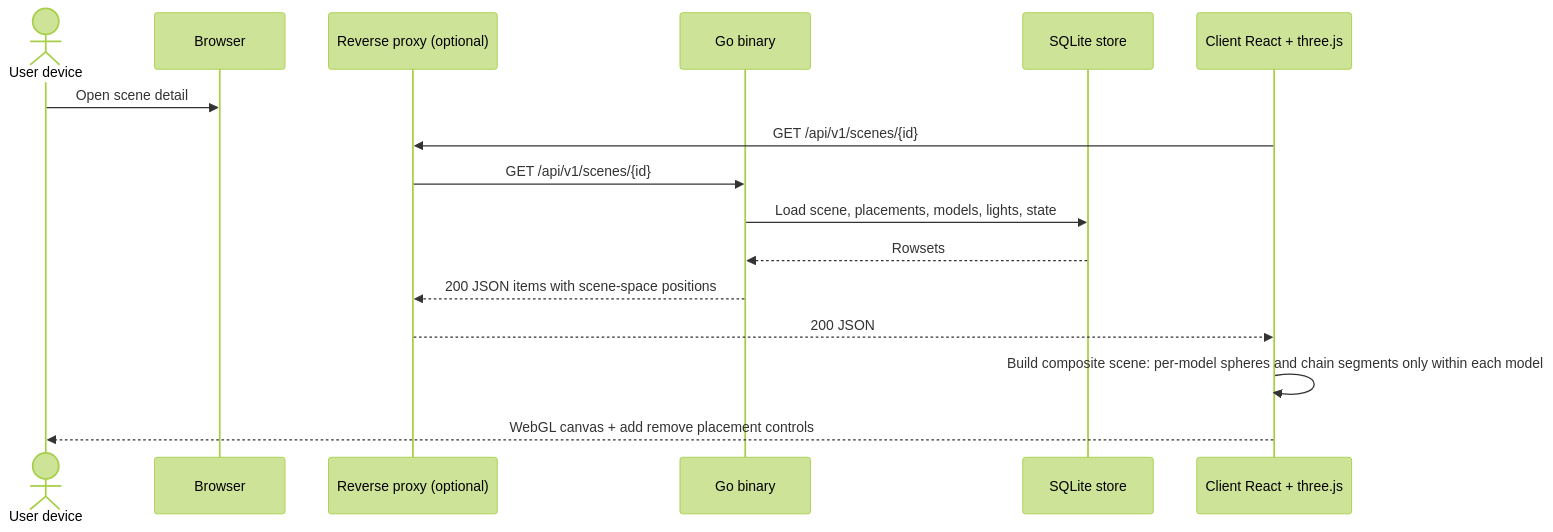
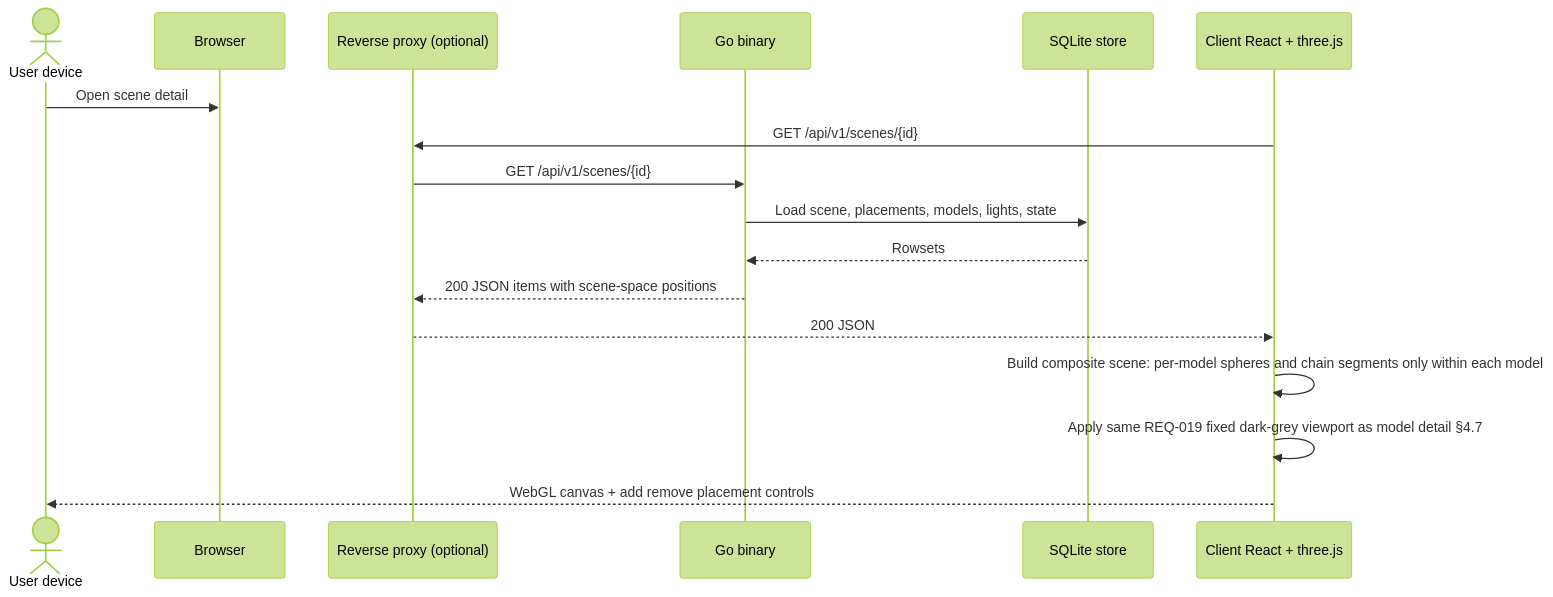
Before and after one commit to mudged/dlm: diagram 13 of 16 in docs/architecture.md, drawn with Mermaid (forest theme). The commit also changed other lines of this file and 32 other files, not shown here.

````diff
--- a/docs/architecture.md
+++ b/docs/architecture.md
@@ -873,19 +952,20 @@
 ```mermaid
 sequenceDiagram
   actor User as User device
   participant B as Browser
   participant P as Reverse proxy (optional)
   participant G as Go binary
   participant S as SQLite store
   participant R as Client React + three.js
 
   User->>B: Open scene detail
   R->>P: GET /api/v1/scenes/{id}
   P->>G: GET /api/v1/scenes/{id}
   G->>S: Load scene, placements, models, lights, state
   S-->>G: Rowsets
   G-->>P: 200 JSON items with scene-space positions
   P-->>R: 200 JSON
   R->>R: Build composite scene: per-model spheres and chain segments only within each model
+  R->>R: Apply same REQ-019 fixed dark-grey viewport as model detail §4.7
   R-->>User: WebGL canvas + add remove placement controls
 ```
````
